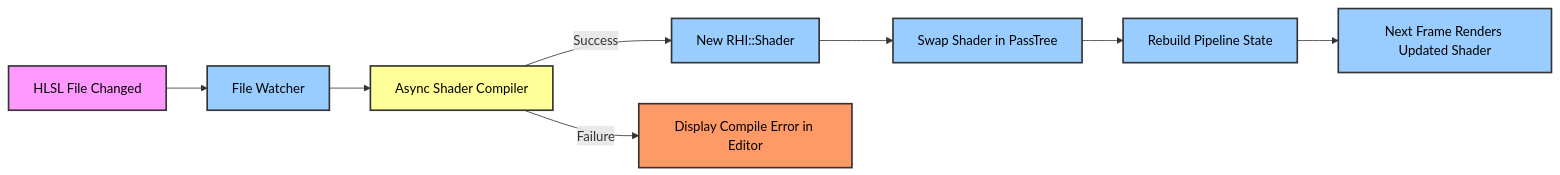
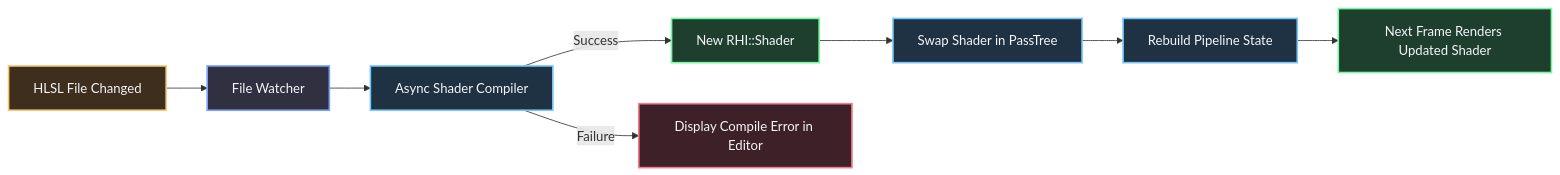
One commit to Astin-A/the-workshop changed the fourth of 4 diagrams in content/Engine shit/O3DE/Atomic/4 Data-Driven Workflow Refactoring (Visual Tools & Debugging).md. Above: the diagram before and after it, drawn with Mermaid. The commit also changed other lines of this file and 24 other files, not shown here.

````diff
--- a/content/Engine shit/O3DE/Atomic/4 Data-Driven Workflow Refactoring (Visual Tools & Debugging).md
+++ b/content/Engine shit/O3DE/Atomic/4 Data-Driven Workflow Refactoring (Visual Tools & Debugging).md
@@ -171,19 +181,24 @@
 ```mermaid
 graph LR
     A[HLSL File Changed] --> B[File Watcher]
     B --> C[Async Shader Compiler]
     C -->|Success| D[New RHI::Shader]
     C -->|Failure| E[Display Compile Error in Editor]
     D --> F[Swap Shader in PassTree]
     F --> G[Rebuild Pipeline State]
     G --> H[Next Frame Renders Updated Shader]
 
-    style A fill:#f9f,stroke:#333,stroke-width:2px,color:#000
-    style B fill:#9cf,stroke:#333,stroke-width:2px,color:#000
-    style C fill:#ff9,stroke:#333,stroke-width:2px,color:#000
-    style D fill:#9cf,stroke:#333,stroke-width:2px,color:#000
-    style E fill:#f96,stroke:#333,stroke-width:2px,color:#000
-    style F fill:#9cf,stroke:#333,stroke-width:2px,color:#000
-    style G fill:#9cf,stroke:#333,stroke-width:2px,color:#000
-    style H fill:#9cf,stroke:#333,stroke-width:2px,color:#000
+    classDef warning fill:#3e2e1e,stroke:#f7c87a,stroke-width:2px,color:#f5f5fa;
+    classDef default fill:#303040,stroke:#7aa2f7,stroke-width:2px,color:#f5f5fa;
+    classDef info fill:#1e3244,stroke:#7ac7f7,stroke-width:2px,color:#f5f5fa;
+    classDef success fill:#1e3f2e,stroke:#7af7a2,stroke-width:2px,color:#f5f5fa;
+    classDef danger fill:#3e2028,stroke:#f77a8a,stroke-width:2px,color:#f5f5fa;
+
+    class A warning;
+    class B default;
+    class C info;
+    class D success;
+    class E danger;
+    class F,G info;
+    class H success;
 ```
````
